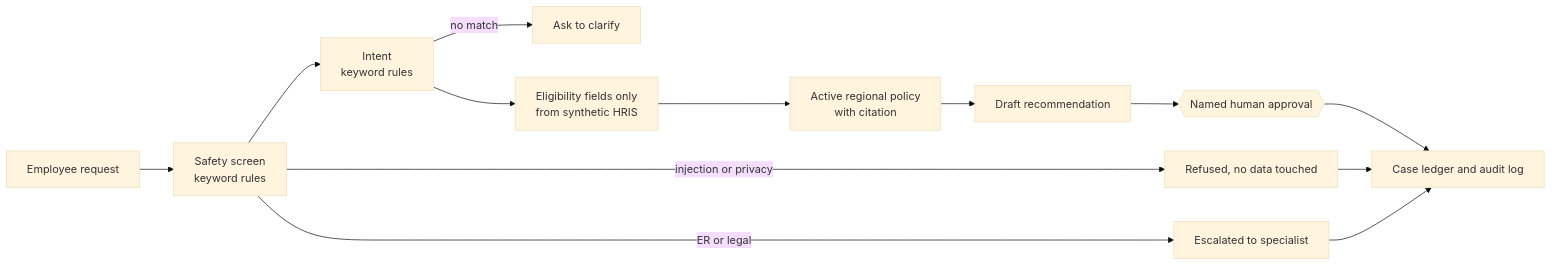
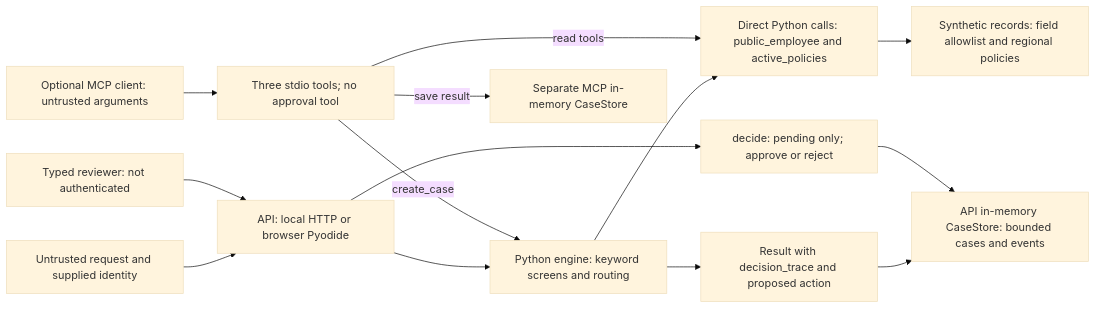
One commit to ellehelvig/peopleops-resolution-agent changed the diagram in README.md. Above: the diagram before and after it, drawn with Mermaid (base theme). The commit also changed other lines of this file and 9 other files, not shown here.

````diff
--- a/README.md
+++ b/README.md
@@ -76,14 +76,16 @@
 ```mermaid
 flowchart LR
-  U[Employee request] --> G[Safety screen<br/>keyword rules]
-  G -- injection or privacy --> RF[Refused, no data touched]
-  G -- ER or legal --> ES[Escalated to specialist]
-  G --> I[Intent<br/>keyword rules]
-  I -- no match --> CL[Ask to clarify]
-  I --> H[Eligibility fields only<br/>from synthetic HRIS]
-  H --> P[Active regional policy<br/>with citation]
-  P --> D[Draft recommendation]
-  D --> R{{Named human approval}}
-  R --> L[Case ledger and audit log]
-  RF & ES --> L
+  U[Untrusted request and supplied identity] --> A[API: local HTTP or browser Pyodide]
+  A --> E[Python engine: keyword screens and routing]
+  E --> D[Direct Python calls: public_employee and active_policies]
+  D --> S[Synthetic records: field allowlist and regional policies]
+  E --> C[Result with decision_trace and proposed action]
+  C --> K[API in-memory CaseStore: bounded cases and events]
+  R[Typed reviewer: not authenticated] --> A
+  A --> G[decide: pending only; approve or reject]
+  G --> K
+  M[Optional MCP client: untrusted arguments] --> T[Three stdio tools; no approval tool]
+  T -- read tools --> D
+  T -- create_case --> E
+  T -- save result --> MK[Separate MCP in-memory CaseStore]
 ```
````
